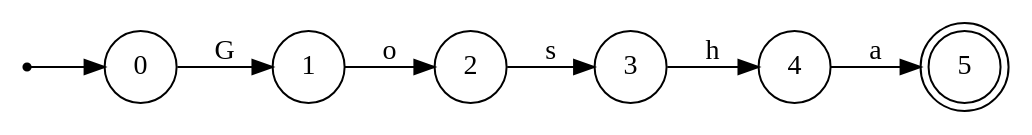
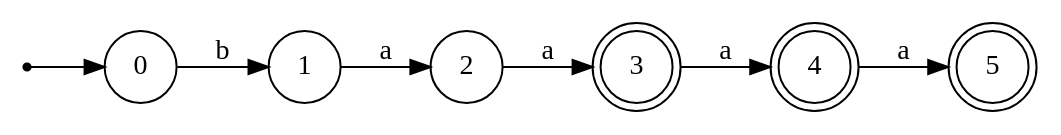
Before and after one commit to HotHeadd/automata25_mephi: the diagram in 2/visuals/automaton.dot, drawn with Graphviz. The commit also changed 7 other files, not shown here.

```diff
--- a/2/visuals/automaton.dot
+++ b/2/visuals/automaton.dot
@@ -1,13 +1,15 @@
 digraph DFA {
   rankdir=LR;
   node [shape = doublecircle];
+  3;
+  4;
   5;
   node [shape = circle];
   start [shape=point];
   start -> 0;
-  0 -> 1 [label="G"];
-  1 -> 2 [label="o"];
-  2 -> 3 [label="s"];
-  3 -> 4 [label="h"];
+  0 -> 1 [label="b"];
+  1 -> 2 [label="a"];
+  2 -> 3 [label="a"];
+  3 -> 4 [label="a"];
   4 -> 5 [label="a"];
 }
```
